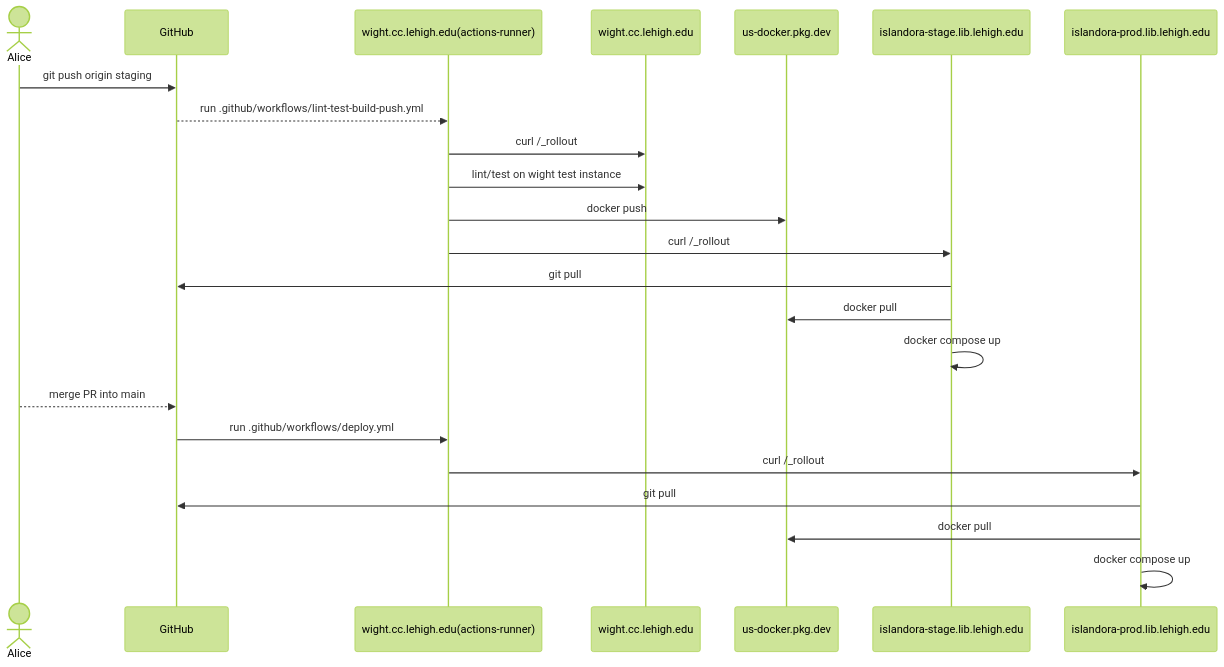
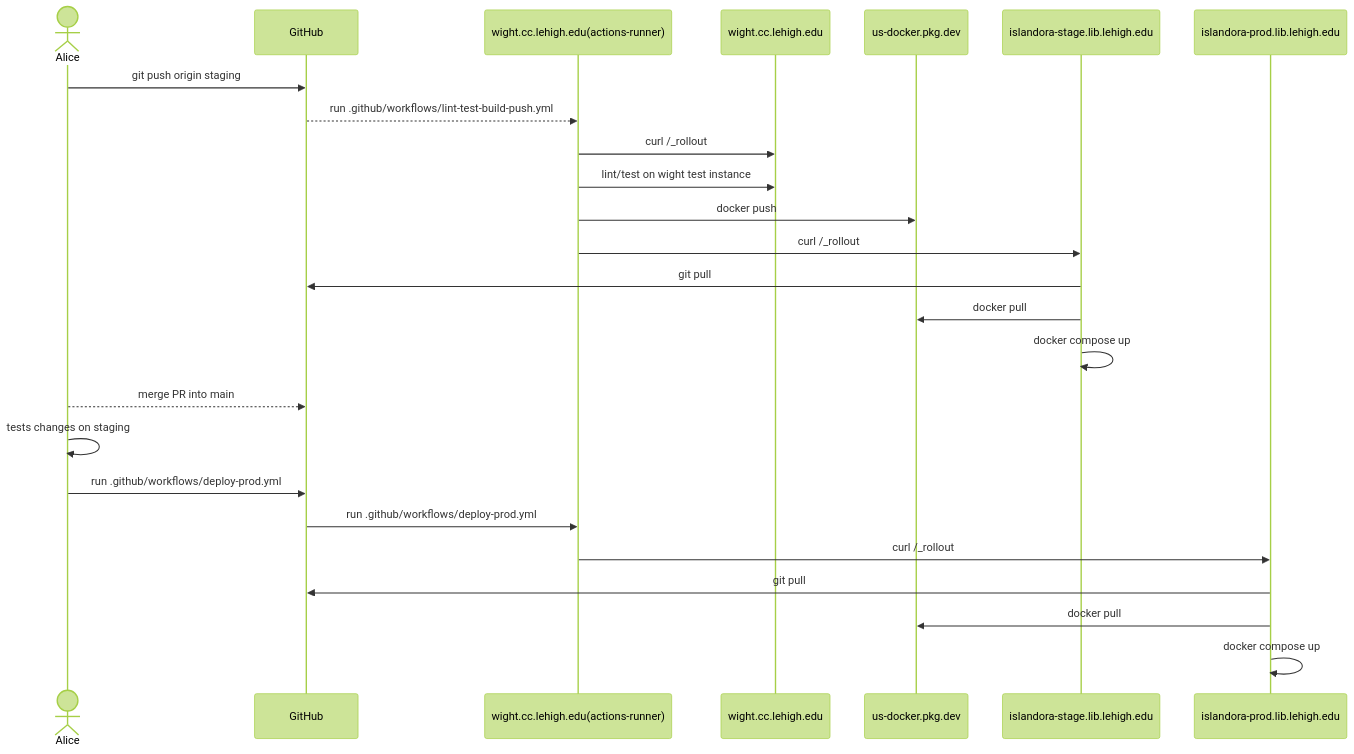
One commit to lehigh-university-libraries/isle-preserve changed the second of 2 diagrams in README.md. Above: the diagram before and after it, drawn with Mermaid (forest theme). The commit also changed other lines of this file and 1 other file, not shown here.

````diff
--- a/README.md
+++ b/README.md
@@ -201,19 +213,21 @@
 ```mermaid
 sequenceDiagram
     actor Alice
     Alice->>GitHub: git push origin staging
     GitHub-->>wight.cc.lehigh.edu(actions-runner): run .github/workflows/lint-test-build-push.yml
     wight.cc.lehigh.edu(actions-runner)->>wight.cc.lehigh.edu: curl /_rollout
     wight.cc.lehigh.edu(actions-runner)->>wight.cc.lehigh.edu: lint/test on wight test instance
     wight.cc.lehigh.edu(actions-runner)->>us-docker.pkg.dev: docker push
     wight.cc.lehigh.edu(actions-runner)->>islandora-stage.lib.lehigh.edu: curl /_rollout
     islandora-stage.lib.lehigh.edu->>GitHub: git pull
     islandora-stage.lib.lehigh.edu->>us-docker.pkg.dev: docker pull
     islandora-stage.lib.lehigh.edu->>islandora-stage.lib.lehigh.edu: docker compose up
     Alice-->>GitHub: merge PR into main
-    GitHub->>wight.cc.lehigh.edu(actions-runner): run .github/workflows/deploy.yml
+    Alice->>Alice: tests changes on staging
+    Alice->>GitHub: run .github/workflows/deploy-prod.yml
+    GitHub->>wight.cc.lehigh.edu(actions-runner): run .github/workflows/deploy-prod.yml
     wight.cc.lehigh.edu(actions-runner)->>islandora-prod.lib.lehigh.edu: curl /_rollout
     islandora-prod.lib.lehigh.edu->>GitHub: git pull
     islandora-prod.lib.lehigh.edu->>us-docker.pkg.dev: docker pull
     islandora-prod.lib.lehigh.edu->>islandora-prod.lib.lehigh.edu: docker compose up
 ```
````
